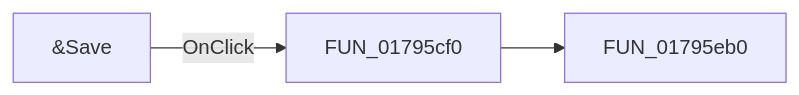
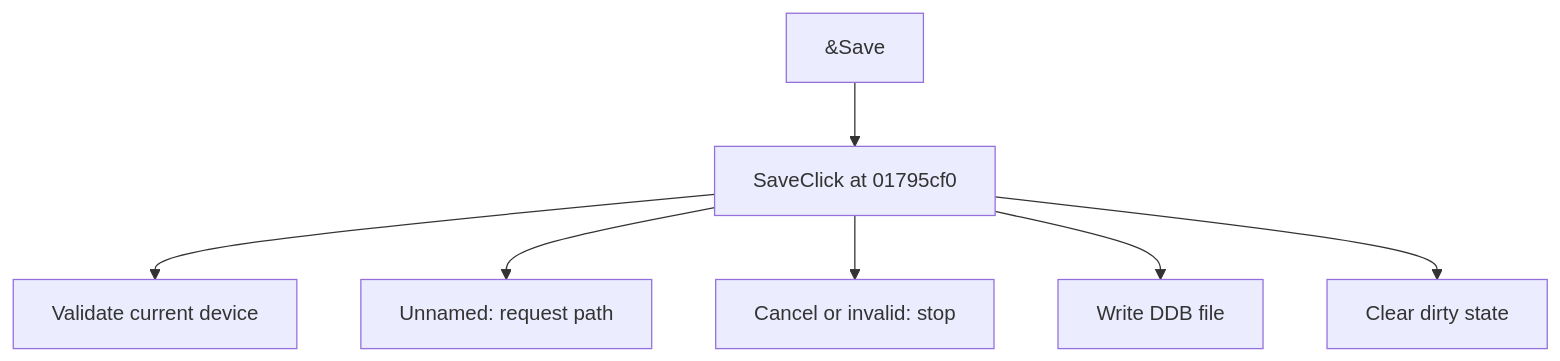
The diagram in docs/ui-controls/shapeedit/save-a4e6155259.md (MovGP0/TIARA), drawn with Mermaid before and after one commit. The commit also changed other lines of this file and 1062 other files, not shown here.

````diff
--- a/docs/ui-controls/shapeedit/save-a4e6155259.md
+++ b/docs/ui-controls/shapeedit/save-a4e6155259.md
@@ -27,5 +27,9 @@
 ```mermaid
-flowchart LR
-    control["&Save"] -->|OnClick| handler["FUN_01795cf0"]
-    handler --> call1["FUN_01795eb0"]
+flowchart TD
+    control["&Save"] --> handler["SaveClick at 01795cf0"]
+    handler --> step1["Validate current device"]
+    handler --> step2["Unnamed: request path"]
+    handler --> step3["Cancel or invalid: stop"]
+    handler --> step4["Write DDB file"]
+    handler --> step5["Clear dirty state"]
 ```
````
